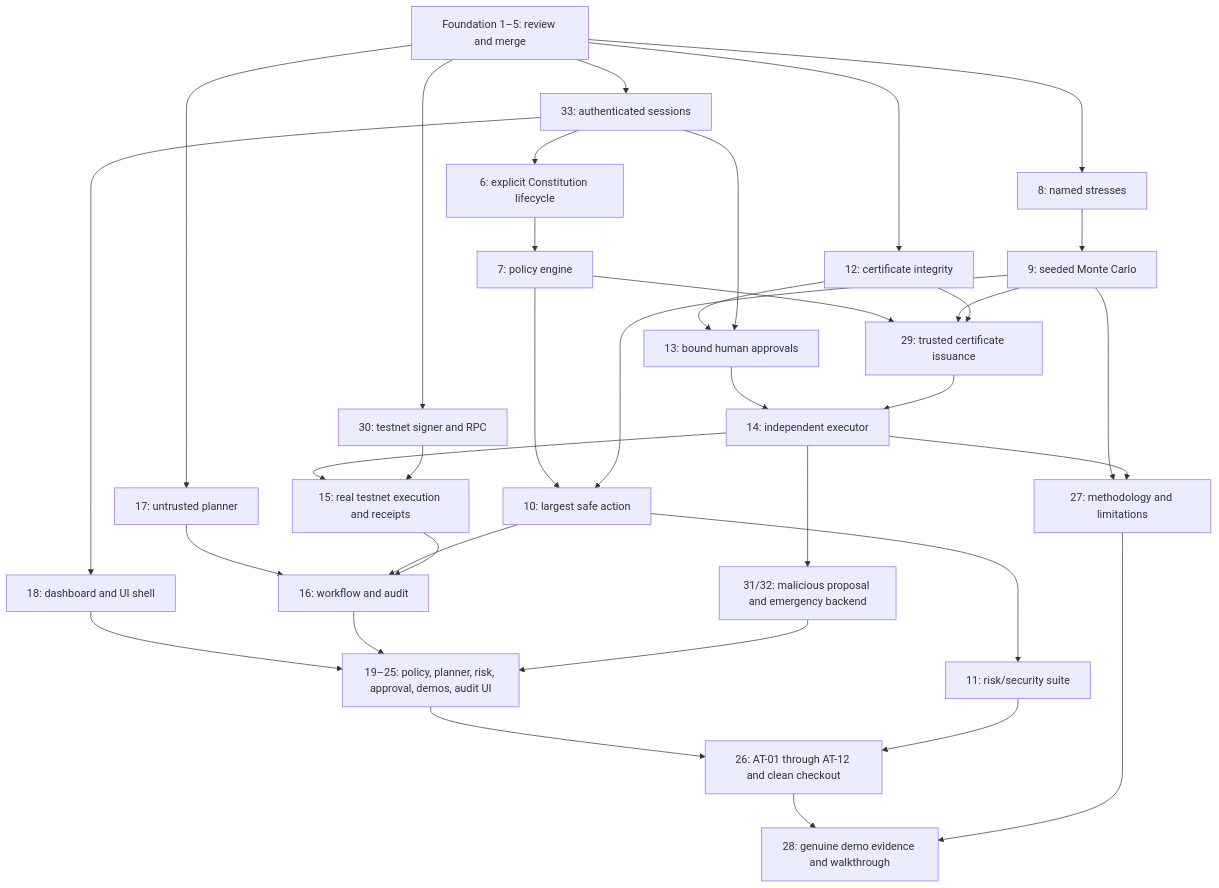
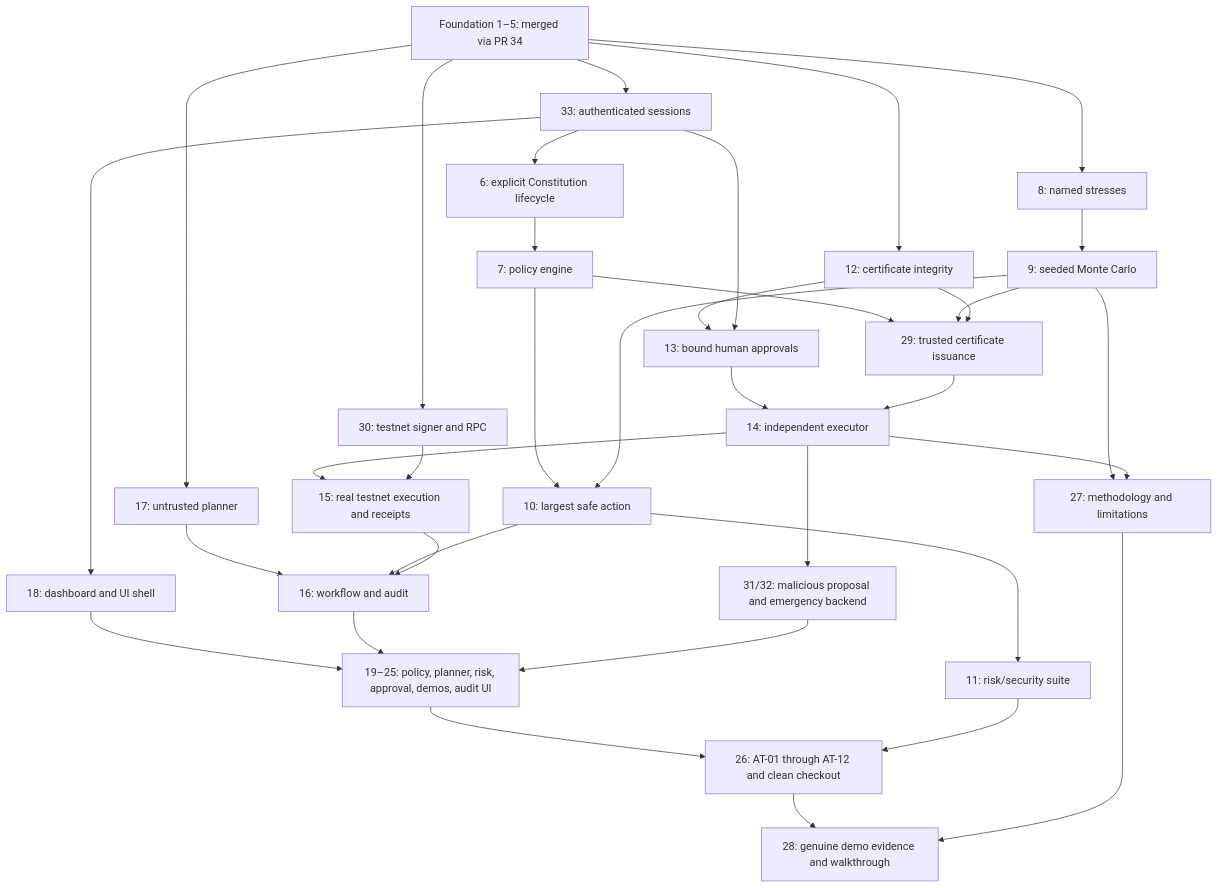
The diagram in TASKS.md (akiibot/proofFi), drawn with Mermaid before and after one commit. The commit also changed other lines of this file and 4 other files, not shown here.

Commit message:
PF-005: refresh central checklist after foundation merge

````diff
--- a/TASKS.md
+++ b/TASKS.md
@@ -30,37 +31,37 @@
 ```mermaid
 flowchart TD
-  F[Foundation 1–5: review and merge] --> Auth[33: authenticated sessions]
+  F[Foundation 1–5: merged via PR 34] --> Auth[33: authenticated sessions]
   F --> Stress[8: named stresses]
   F --> Planner[17: untrusted planner]
   F --> Crypto[12: certificate integrity]
   F --> Signer[30: testnet signer and RPC]
   Auth --> Policy[6: explicit Constitution lifecycle]
   Policy --> Rules[7: policy engine]
   Stress --> MC[9: seeded Monte Carlo]
   Rules --> Opt[10: largest safe action]
   MC --> Opt
   Rules --> Verify[29: trusted certificate issuance]
   MC --> Verify
   Crypto --> Verify
   Crypto --> Approval[13: bound human approvals]
   Auth --> Approval
   Approval --> Executor[14: independent executor]
   Verify --> Executor
   Executor --> Chain[15: real testnet execution and receipts]
   Signer --> Chain
   Planner --> Workflow[16: workflow and audit]
   Opt --> Workflow
   Chain --> Workflow
   Auth --> UI[18: dashboard and UI shell]
   UI --> Screens[19–25: policy, planner, risk, approval, demos, audit UI]
   Workflow --> Screens
   Executor --> Demos[31/32: malicious proposal and emergency backend]
   Demos --> Screens
   Screens --> AT[26: AT-01 through AT-12 and clean checkout]
   Opt --> RiskTests[11: risk/security suite]
   RiskTests --> AT
   MC --> Method[27: methodology and limitations]
   Executor --> Method
   AT --> Evidence[28: genuine demo evidence and walkthrough]
   Method --> Evidence
 ```
````
